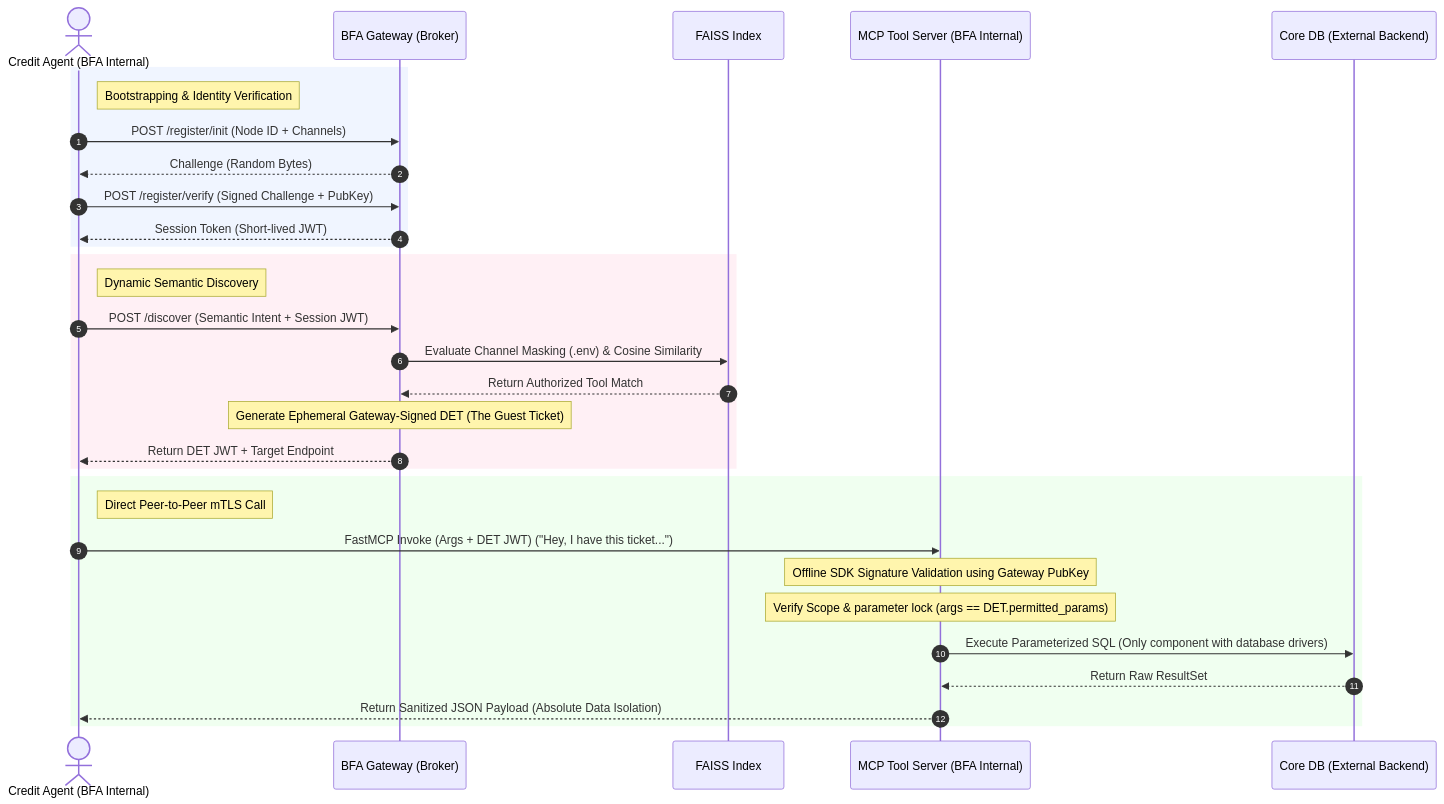
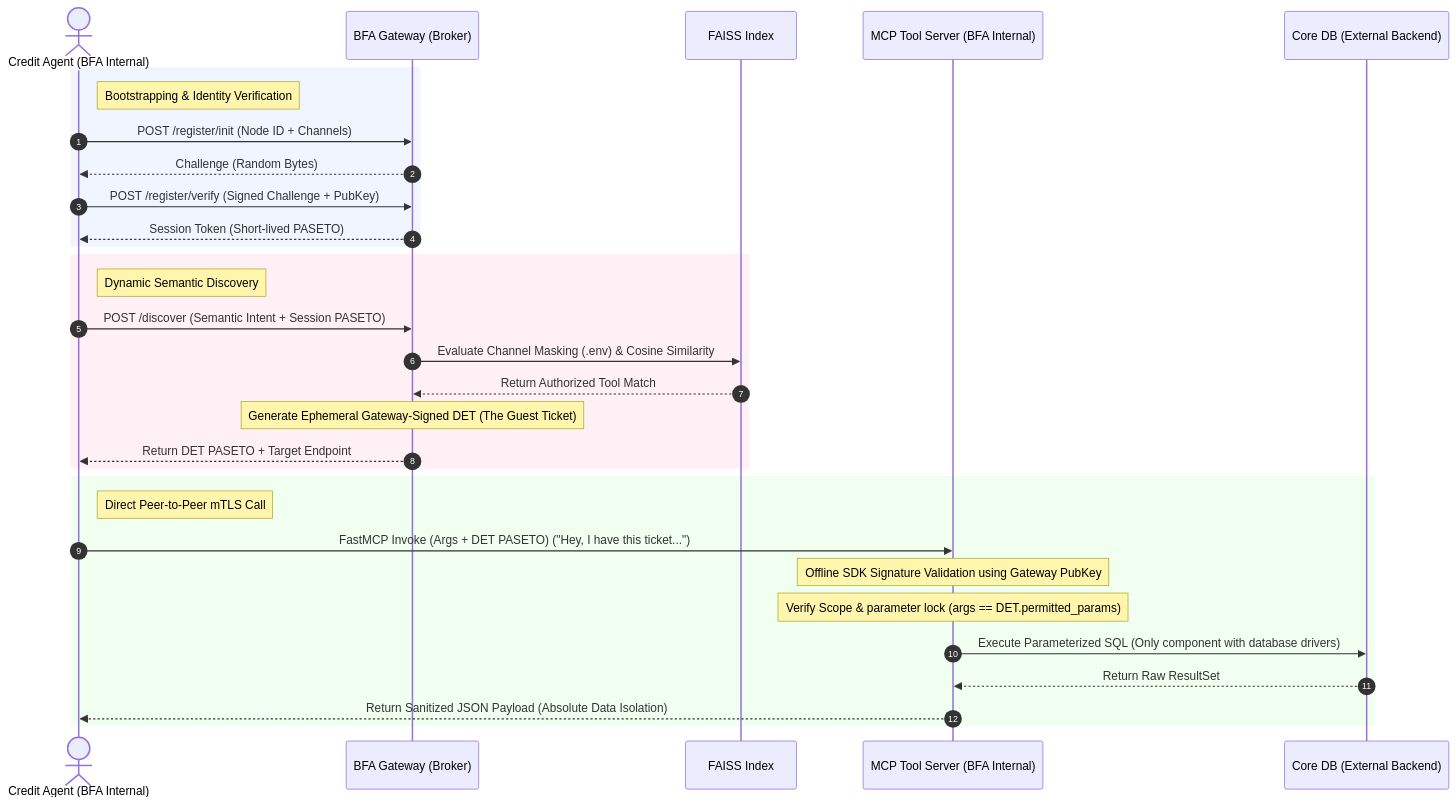
The second of 2 diagrams in IRC-A_Whitepaper.md (SandroG1977/bfa-sdk), drawn with Mermaid before and after one commit. The commit also changed other lines of this file and 6 other files, not shown here.

Commit message:
feat(security): harden cryptographic protocols (Ed25519 & PASETO), enforce recipient-side token validation, pre-computed embeddings, and DynamoDB optimistic locking

````diff
--- a/IRC-A_Whitepaper.md
+++ b/IRC-A_Whitepaper.md
@@ -369,39 +372,39 @@
 ```mermaid
 sequenceDiagram
     autonumber
     actor Client as Credit Agent (BFA Internal)
     participant Gateway as BFA Gateway (Broker)
     participant FAISS as FAISS Index
     participant MCP as MCP Tool Server (BFA Internal)
     participant CoreDB as Core DB (External Backend)
 
     %% Node Registration
     rect rgb(240, 245, 255)
         note right of Client: Bootstrapping & Identity Verification
         Client->>Gateway: POST /register/init (Node ID + Channels)
         Gateway-->>Client: Challenge (Random Bytes)
         Client->>Gateway: POST /register/verify (Signed Challenge + PubKey)
-        Gateway-->>Client: Session Token (Short-lived JWT)
+        Gateway-->>Client: Session Token (Short-lived PASETO)
     end
 
     %% Discovery and Late-Binding
     rect rgb(255, 240, 245)
         note right of Client: Dynamic Semantic Discovery
-        Client->>Gateway: POST /discover (Semantic Intent + Session JWT)
+        Client->>Gateway: POST /discover (Semantic Intent + Session PASETO)
         Gateway->>FAISS: Evaluate Channel Masking (.env) & Cosine Similarity
         FAISS-->>Gateway: Return Authorized Tool Match
         note over Gateway: Generate Ephemeral Gateway-Signed DET (The Guest Ticket)
-        Gateway-->>Client: Return DET JWT + Target Endpoint
+        Gateway-->>Client: Return DET PASETO + Target Endpoint
     end
 
     %% Direct Invocation and Isolated Data Connection
     rect rgb(240, 255, 240)
         note right of Client: Direct Peer-to-Peer mTLS Call
-        Client->>MCP: FastMCP Invoke (Args + DET JWT) ("Hey, I have this ticket...")
+        Client->>MCP: FastMCP Invoke (Args + DET PASETO) ("Hey, I have this ticket...")
         note over MCP: Offline SDK Signature Validation using Gateway PubKey
         note over MCP: Verify Scope & parameter lock (args == DET.permitted_params)
         MCP->>CoreDB: Execute Parameterized SQL (Only component with database drivers)
         CoreDB-->>MCP: Return Raw ResultSet
         MCP-->>Client: Return Sanitized JSON Payload (Absolute Data Isolation)
     end
 ```
````
